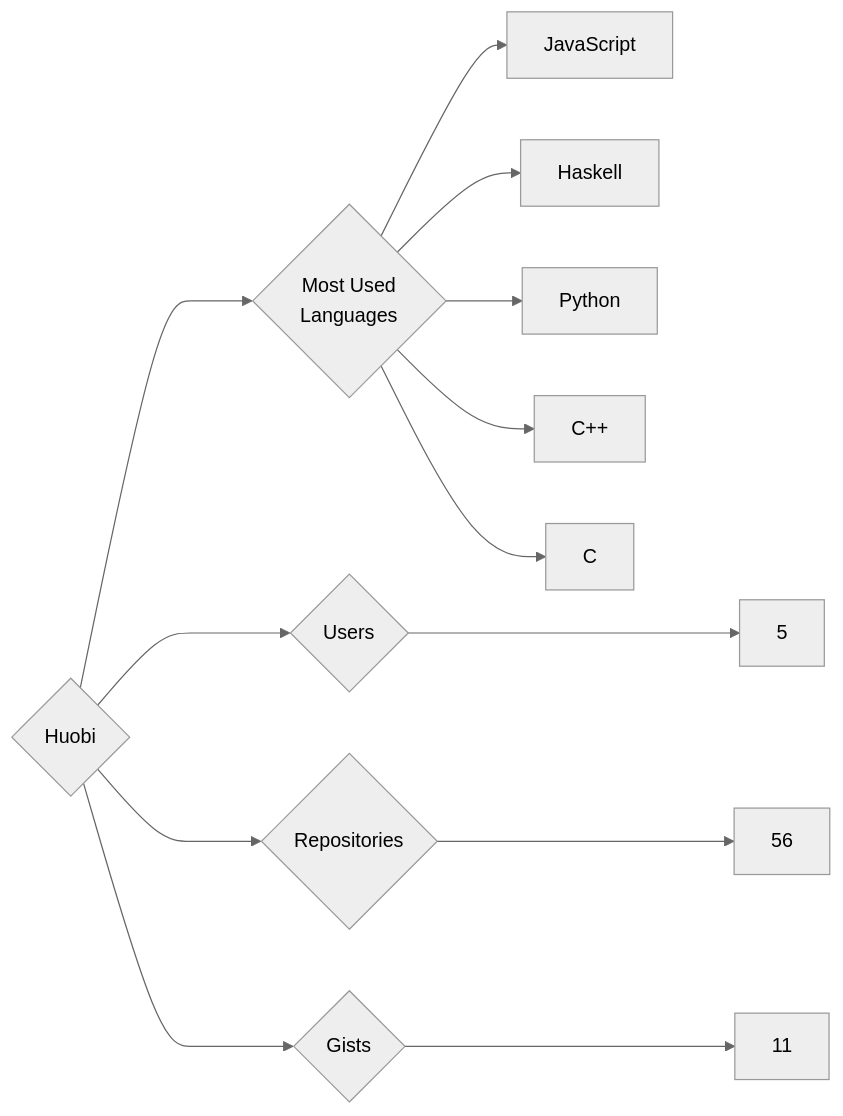
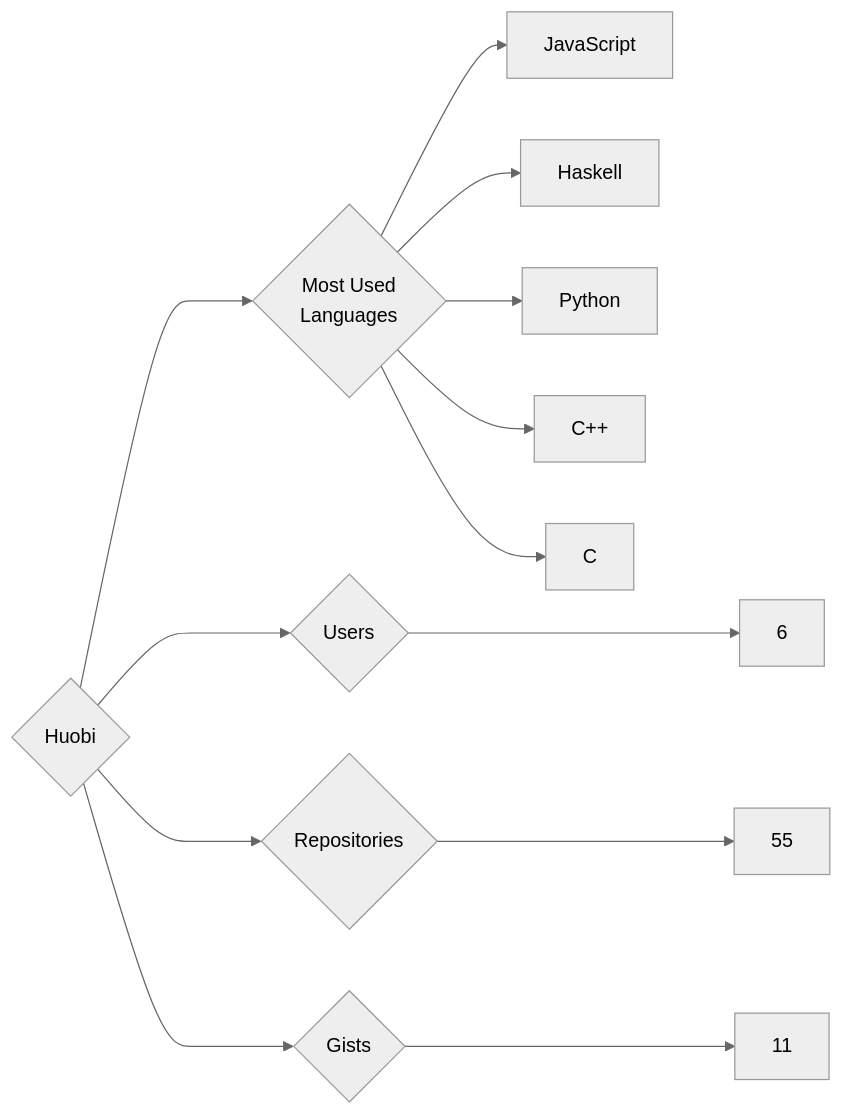
Before and after one commit to trickest/insiders: the diagram in targets/Huobi/README.md, drawn with Mermaid (neutral theme). The commit also changed 988 other files, not shown here.

````diff
--- a/targets/Huobi/README.md
+++ b/targets/Huobi/README.md
@@ -3,13 +3,13 @@
 ```mermaid
 graph LR
 COMPANY_NAME{Huobi}
-COMPANY_NAME ---> U{Users} ---> UN[5]
-COMPANY_NAME ---> R{Repositories} ---> RN[56]
+COMPANY_NAME ---> U{Users} ---> UN[6]
+COMPANY_NAME ---> R{Repositories} ---> RN[55]
 COMPANY_NAME ---> G{Gists} ---> GN[11]
 COMPANY_NAME ---> ML{Most Used<br>Languages}
 ML --> JavaScript[JavaScript]
 ML --> Haskell[Haskell]
 ML --> Python[Python]
 ML --> C++[C++]
 ML --> C[C]
 ```
````
